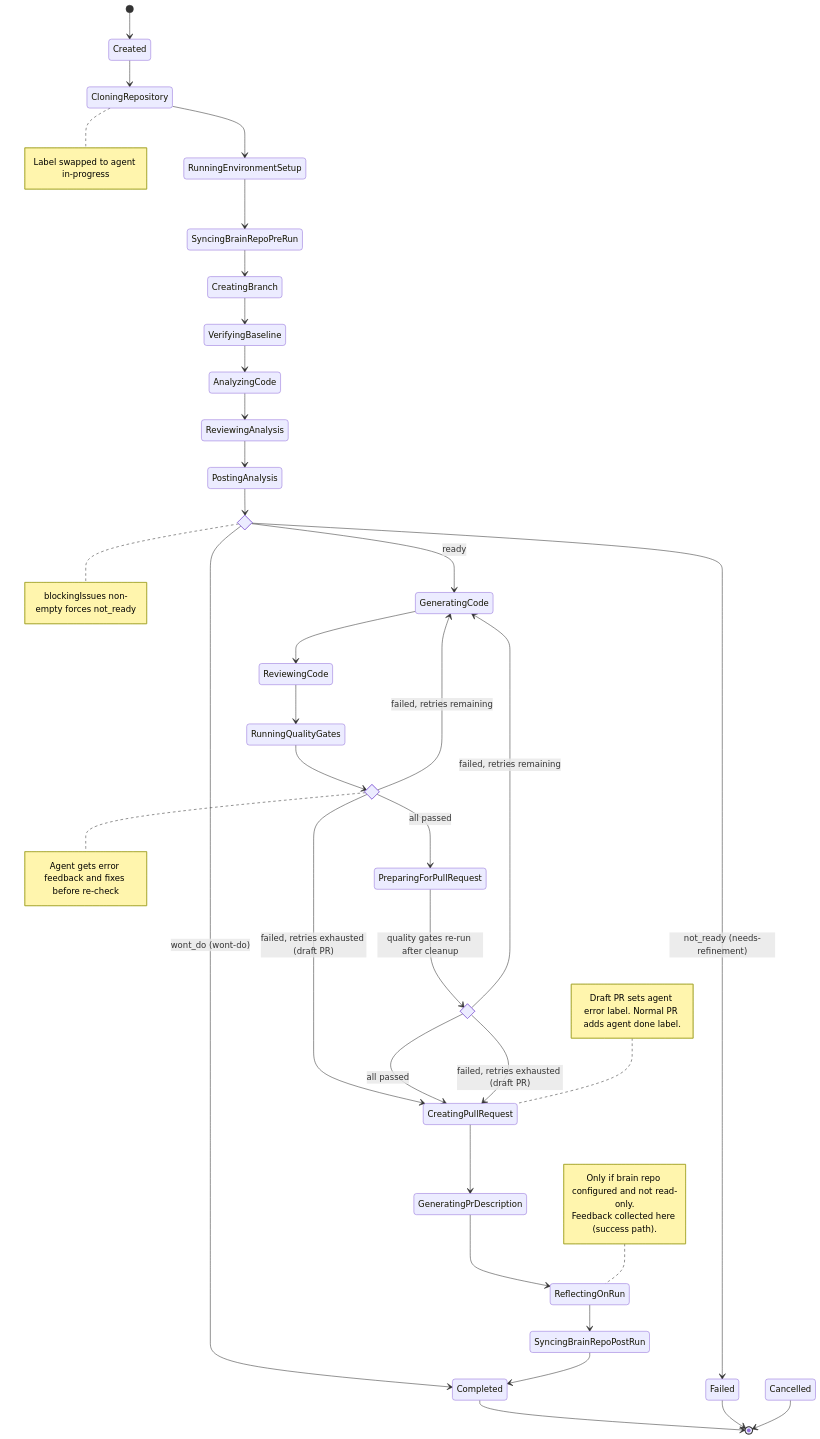
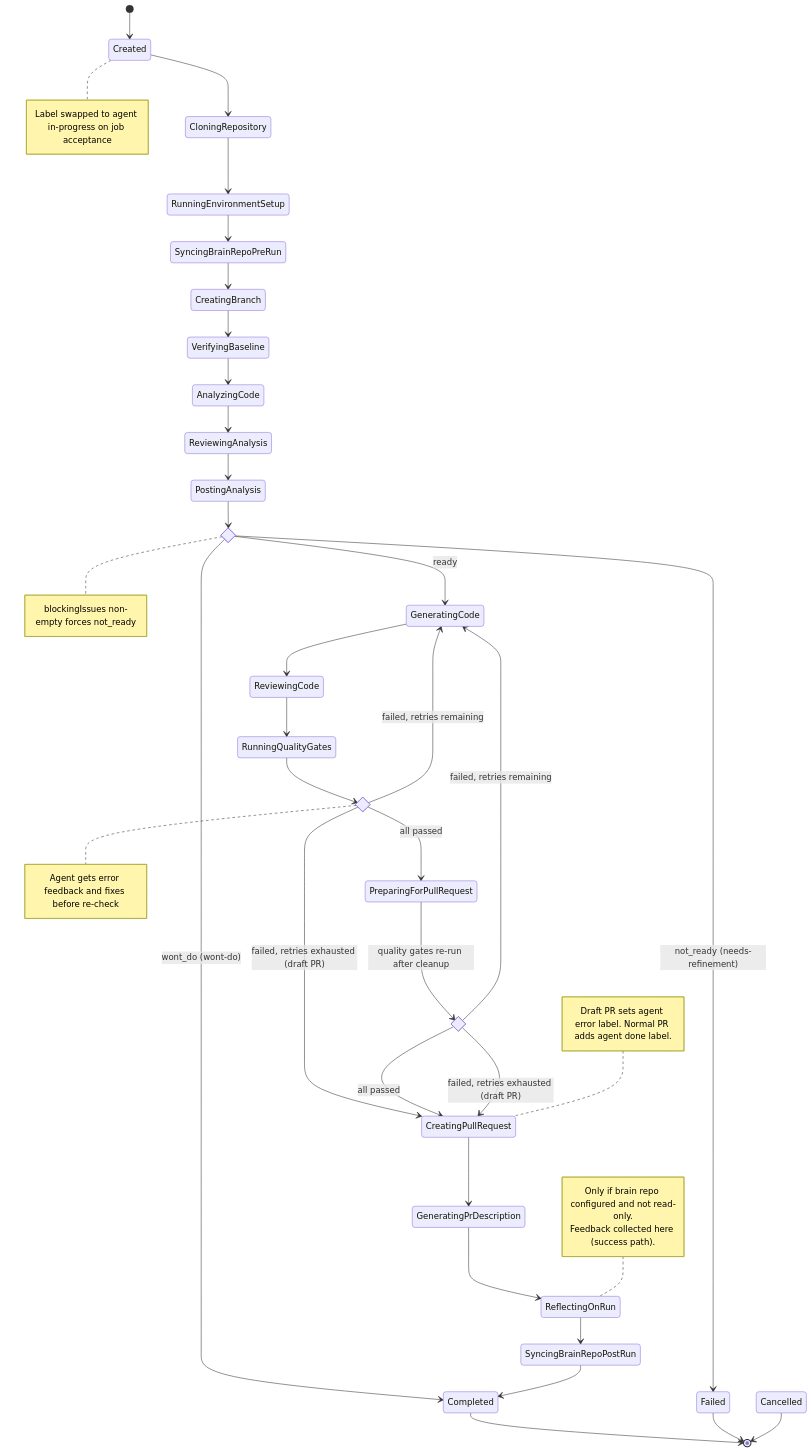
The first of 9 diagrams in docs/pipeline-orchestration.md (Chemsorly/coding-agent-automation), drawn with Mermaid before and after one commit. The commit also changed other lines of this file and 17 other files, not shown here.

````diff
--- a/docs/pipeline-orchestration.md
+++ b/docs/pipeline-orchestration.md
@@ -31,60 +31,60 @@
 ```mermaid
 stateDiagram-v2
     direction TB
 
     [*] --> Created
     Created --> CloningRepository
     CloningRepository --> RunningEnvironmentSetup
     RunningEnvironmentSetup --> SyncingBrainRepoPreRun
     SyncingBrainRepoPreRun --> CreatingBranch
     CreatingBranch --> VerifyingBaseline
     VerifyingBaseline --> AnalyzingCode
     AnalyzingCode --> ReviewingAnalysis
     ReviewingAnalysis --> PostingAnalysis
 
     state ConfidenceGate <<choice>>
     PostingAnalysis --> ConfidenceGate
     ConfidenceGate --> GeneratingCode : ready
     ConfidenceGate --> Failed : not_ready (needs-refinement)
     ConfidenceGate --> Completed : wont_do (wont-do)
     GeneratingCode --> ReviewingCode
     ReviewingCode --> RunningQualityGates
 
     state QualityGateDecision <<choice>>
     RunningQualityGates --> QualityGateDecision
     QualityGateDecision --> PreparingForPullRequest : all passed
     QualityGateDecision --> GeneratingCode : failed, retries remaining
     QualityGateDecision --> CreatingPullRequest : failed, retries exhausted (draft PR)
 
     state FinalQualityCheck <<choice>>
     PreparingForPullRequest --> FinalQualityCheck : quality gates re-run after cleanup
     FinalQualityCheck --> CreatingPullRequest : all passed
     FinalQualityCheck --> GeneratingCode : failed, retries remaining
     FinalQualityCheck --> CreatingPullRequest : failed, retries exhausted (draft PR)
 
     CreatingPullRequest --> GeneratingPrDescription
     GeneratingPrDescription --> ReflectingOnRun
     ReflectingOnRun --> SyncingBrainRepoPostRun
     SyncingBrainRepoPostRun --> Completed
 
     Completed --> [*]
     Failed --> [*]
     Cancelled --> [*]
 
-    note right of CloningRepository
-        Label swapped to agent in-progress
+    note right of Created
+        Label swapped to agent in-progress on job acceptance
     end note
     note right of ConfidenceGate
         blockingIssues non-empty forces not_ready
     end note
     note right of QualityGateDecision
         Agent gets error feedback and fixes before re-check
     end note
     note left of CreatingPullRequest
         Draft PR sets agent error label. Normal PR adds agent done label.
     end note
     note left of ReflectingOnRun
         Only if brain repo configured and not read-only.
         Feedback collected here (success path).
     end note
 ```
````
